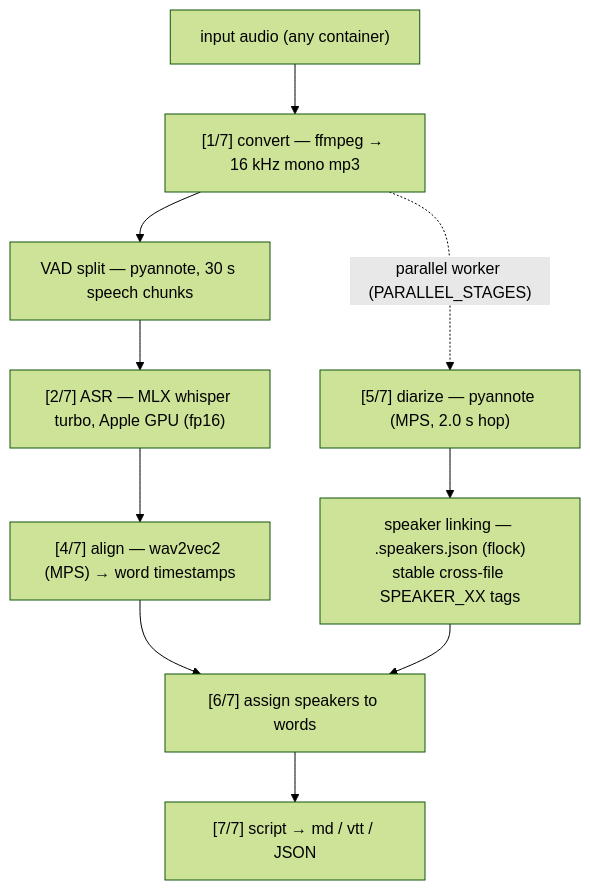
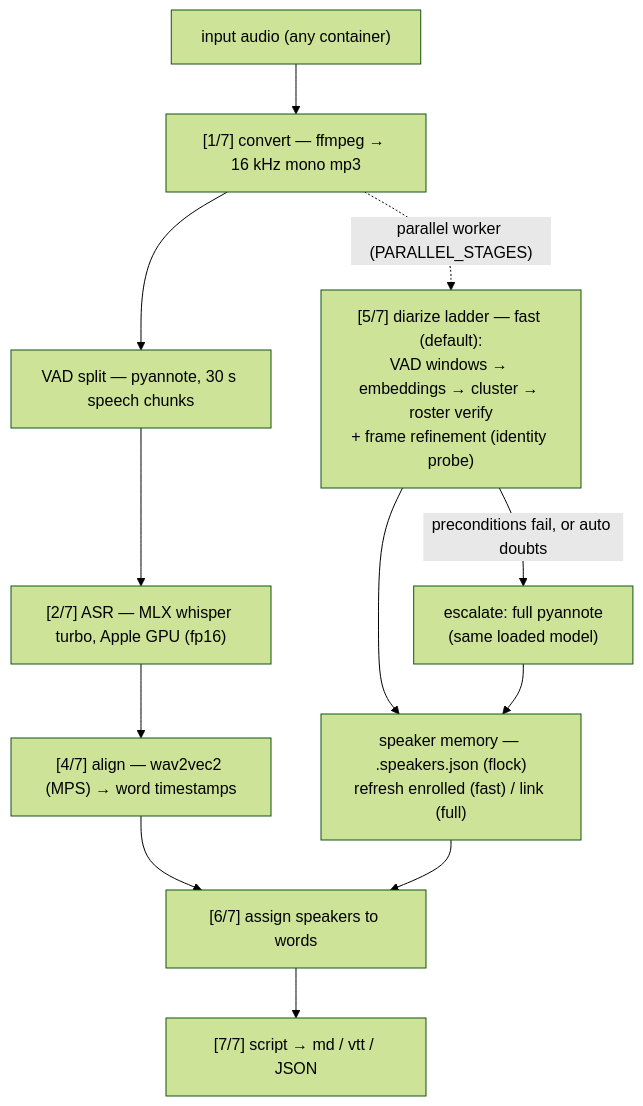
Before and after one commit to aamir-nus/transcription-service: the diagram in README.md, drawn with Mermaid (forest theme). The commit also changed other lines of this file and 3 other files, not shown here.

Commit message:
addition: diarization strategy ladder — fast VAD-window embedding with identity-probe refinement and automatic pyannote fallback (DIARIZE_MODE / --diarize-mode)

````diff
--- a/README.md
+++ b/README.md
@@ -24,12 +24,14 @@
 ```mermaid
 flowchart TD
     IN["input audio (any container)"] --> CV["[1/7] convert — ffmpeg → 16 kHz mono mp3"]
     CV --> VAD["VAD split — pyannote, 30 s speech chunks"]
     VAD --> ASR["[2/7] ASR — MLX whisper turbo, Apple GPU (fp16)"]
     ASR --> AL["[4/7] align — wav2vec2 (MPS) → word timestamps"]
-    CV -. "parallel worker (PARALLEL_STAGES)" .-> DZ["[5/7] diarize — pyannote (MPS, 2.0 s hop)"]
-    DZ --> SL["speaker linking — .speakers.json (flock)\nstable cross-file SPEAKER_XX tags"]
+    CV -. "parallel worker (PARALLEL_STAGES)" .-> FAST["[5/7] diarize ladder — fast (default):\nVAD windows → embeddings → cluster → roster verify\n+ frame refinement (identity probe)"]
+    FAST -->|"preconditions fail, or auto doubts"| FULL["escalate: full pyannote\n(same loaded model)"]
+    FAST --> SL["speaker memory — .speakers.json (flock)\nrefresh enrolled (fast) / link (full)"]
+    FULL --> SL
     AL --> ASG["[6/7] assign speakers to words"]
     SL --> ASG
     ASG --> OUT["[7/7] script → md / vtt / JSON"]
 ```
````
